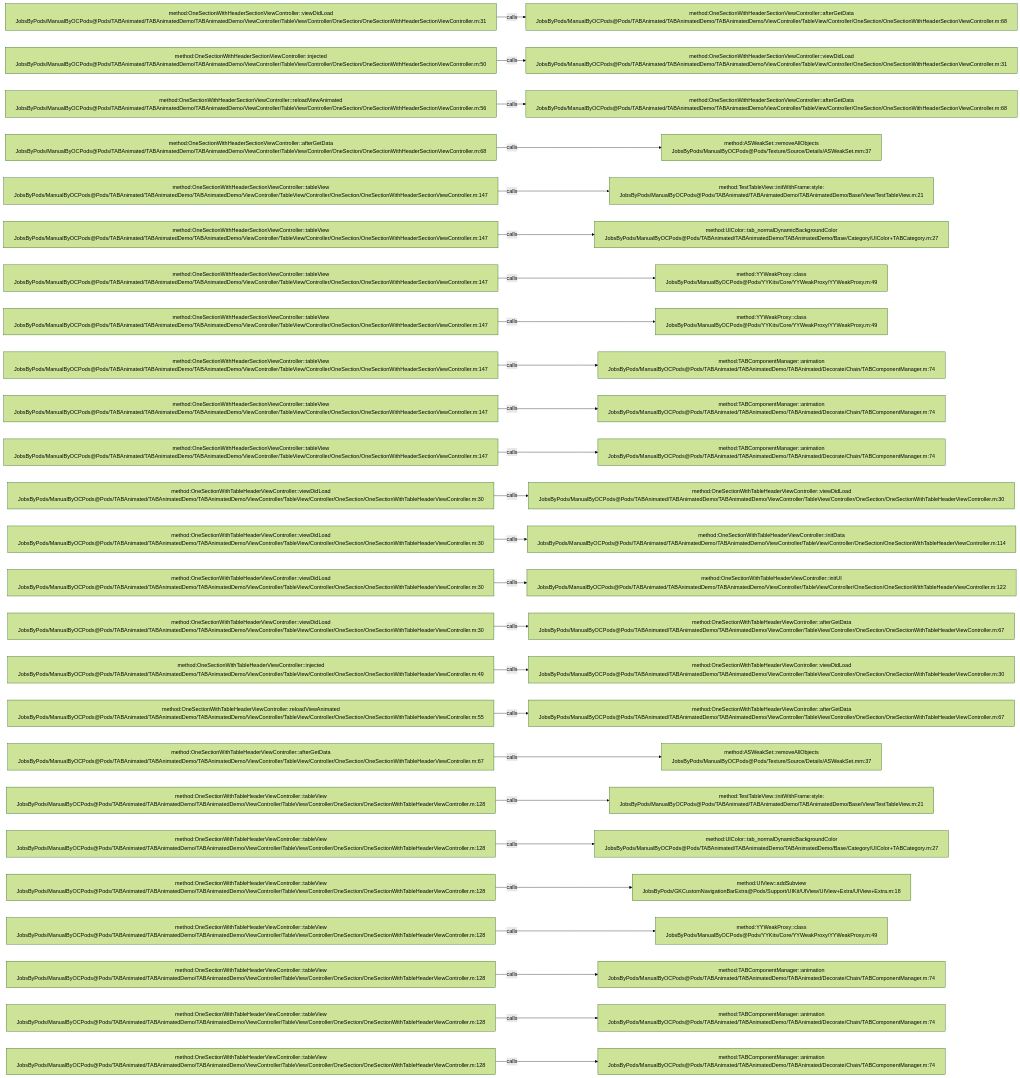
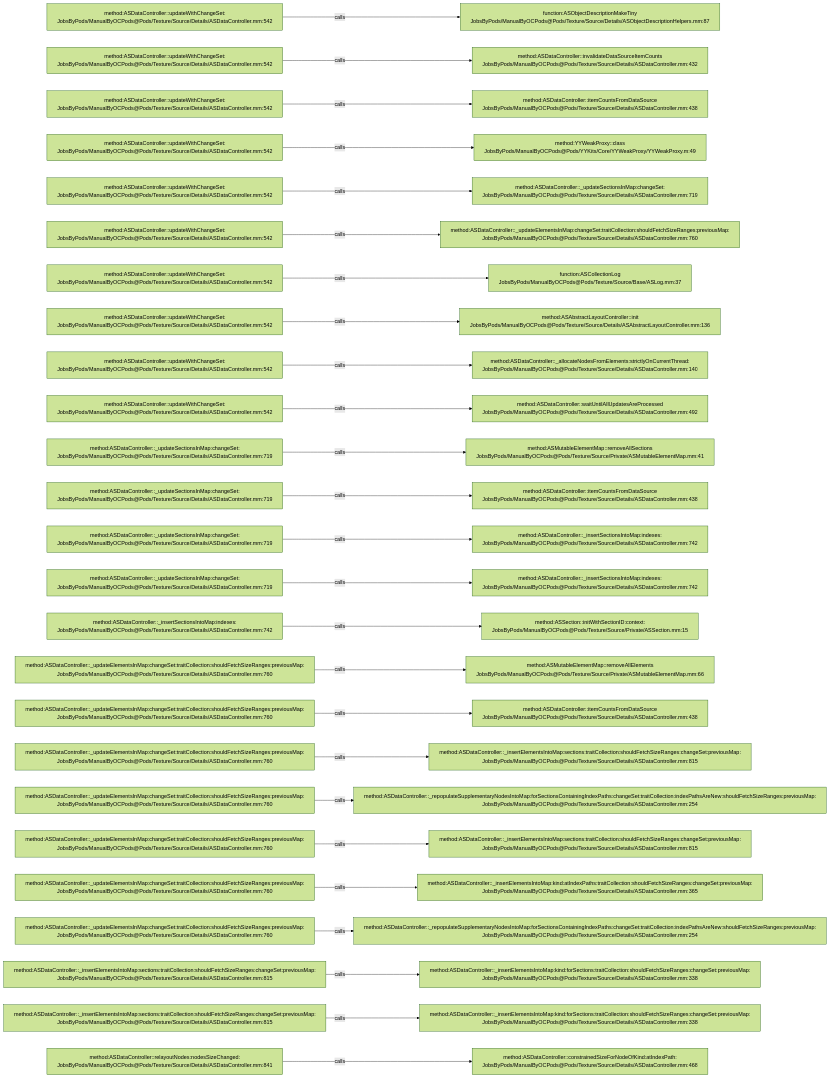
Before and after one commit to JobsKits/JobsOCBaseConfigDemo: the diagram in .codegraph/codegraph.md/graphs/calls-163.md, drawn with Mermaid (forest theme). The commit also changed 2162 other files, not shown here.

````diff
--- a/.codegraph/codegraph.md/graphs/calls-163.md
+++ b/.codegraph/codegraph.md/graphs/calls-163.md
@@ -13,78 +13,78 @@
 ```mermaid
 flowchart LR
-  S1["method:OneSectionWithHeaderSectionViewController::viewDidLoad<br/>JobsByPods/ManualByOCPods@Pods/TABAnimated/TABAnimatedDemo/TABAnimatedDemo/ViewController/TableView/Controller/OneSection/OneSectionWithHeaderSectionViewController.m:31"]
-  T1["method:OneSectionWithHeaderSectionViewController::afterGetData<br/>JobsByPods/ManualByOCPods@Pods/TABAnimated/TABAnimatedDemo/TABAnimatedDemo/ViewController/TableView/Controller/OneSection/OneSectionWithHeaderSectionViewController.m:68"]
+  S1["method:ASDataController::updateWithChangeSet:<br/>JobsByPods/ManualByOCPods@Pods/Texture/Source/Details/ASDataController.mm:542"]
+  T1["function:ASObjectDescriptionMakeTiny<br/>JobsByPods/ManualByOCPods@Pods/Texture/Source/Details/ASObjectDescriptionHelpers.mm:87"]
   S1 -->|calls| T1
-  S2["method:OneSectionWithHeaderSectionViewController::injected<br/>JobsByPods/ManualByOCPods@Pods/TABAnimated/TABAnimatedDemo/TABAnimatedDemo/ViewController/TableView/Controller/OneSection/OneSectionWithHeaderSectionViewController.m:50"]
-  T2["method:OneSectionWithHeaderSectionViewController::viewDidLoad<br/>JobsByPods/ManualByOCPods@Pods/TABAnimated/TABAnimatedDemo/TABAnimatedDemo/ViewController/TableView/Controller/OneSection/OneSectionWithHeaderSectionViewController.m:31"]
+  S2["method:ASDataController::updateWithChangeSet:<br/>JobsByPods/ManualByOCPods@Pods/Texture/Source/Details/ASDataController.mm:542"]
+  T2["method:ASDataController::invalidateDataSourceItemCounts<br/>JobsByPods/ManualByOCPods@Pods/Texture/Source/Details/ASDataController.mm:432"]
   S2 -->|calls| T2
-  S3["method:OneSectionWithHeaderSectionViewController::reloadViewAnimated<br/>JobsByPods/ManualByOCPods@Pods/TABAnimated/TABAnimatedDemo/TABAnimatedDemo/ViewController/TableView/Controller/OneSection/OneSectionWithHeaderSectionViewController.m:56"]
-  T3["method:OneSectionWithHeaderSectionViewController::afterGetData<br/>JobsByPods/ManualByOCPods@Pods/TABAnimated/TABAnimatedDemo/TABAnimatedDemo/ViewController/TableView/Controller/OneSection/OneSectionWithHeaderSectionViewController.m:68"]
+  S3["method:ASDataController::updateWithChangeSet:<br/>JobsByPods/ManualByOCPods@Pods/Texture/Source/Details/ASDataController.mm:542"]
+  T3["method:ASDataController::itemCountsFromDataSource<br/>JobsByPods/ManualByOCPods@Pods/Texture/Source/Details/ASDataController.mm:438"]
   S3 -->|calls| T3
-  S4["method:OneSectionWithHeaderSectionViewController::afterGetData<br/>JobsByPods/ManualByOCPods@Pods/TABAnimated/TABAnimatedDemo/TABAnimatedDemo/ViewController/TableView/Controller/OneSection/OneSectionWithHeaderSectionViewController.m:68"]
-  T4["method:ASWeakSet::removeAllObjects<br/>JobsByPods/ManualByOCPods@Pods/Texture/Source/Details/ASWeakSet.mm:37"]
+  S4["method:ASDataController::updateWithChangeSet:<br/>JobsByPods/ManualByOCPods@Pods/Texture/Source/Details/ASDataController.mm:542"]
+  T4["method:YYWeakProxy::class<br/>JobsByPods/ManualByOCPods@Pods/YYKits/Core/YYWeakProxy/YYWeakProxy.m:49"]
   S4 -->|calls| T4
-  S5["method:OneSectionWithHeaderSectionViewController::tableView<br/>JobsByPods/ManualByOCPods@Pods/TABAnimated/TABAnimatedDemo/TABAnimatedDemo/ViewController/TableView/Controller/OneSection/OneSectionWithHeaderSectionViewController.m:147"]
-  T5["method:TestTableView::initWithFrame:style:<br/>JobsByPods/ManualByOCPods@Pods/TABAnimated/TABAnimatedDemo/TABAnimatedDemo/Base/View/TestTableView.m:21"]
+  S5["method:ASDataController::updateWithChangeSet:<br/>JobsByPods/ManualByOCPods@Pods/Texture/Source/Details/ASDataController.mm:542"]
+  T5["method:ASDataController::_updateSectionsInMap:changeSet:<br/>JobsByPods/ManualByOCPods@Pods/Texture/Source/Details/ASDataController.mm:719"]
   S5 -->|calls| T5
-  S6["method:OneSectionWithHeaderSectionViewController::tableView<br/>JobsByPods/ManualByOCPods@Pods/TABAnimated/TABAnimatedDemo/TABAnimatedDemo/ViewController/TableView/Controller/OneSection/OneSectionWithHeaderSectionViewController.m:147"]
-  T6["method:UIColor::tab_normalDynamicBackgroundColor<br/>JobsByPods/ManualByOCPods@Pods/TABAnimated/TABAnimatedDemo/TABAnimatedDemo/Base/Category/UIColor+TABCategory.m:27"]
+  S6["method:ASDataController::updateWithChangeSet:<br/>JobsByPods/ManualByOCPods@Pods/Texture/Source/Details/ASDataController.mm:542"]
+  T6["method:ASDataController::_updateElementsInMap:changeSet:traitCollection:shouldFetchSizeRanges:previousMap:<br/>JobsByPods/ManualByOCPods@Pods/Texture/Source/Details/ASDataController.mm:760"]
   S6 -->|calls| T6
-  S7["method:OneSectionWithHeaderSectionViewController::tableView<br/>JobsByPods/ManualByOCPods@Pods/TABAnimated/TABAnimatedDemo/TABAnimatedDemo/ViewController/TableView/Controller/OneSection/OneSectionWithHeaderSectionViewController.m:147"]
-  T7["method:YYWeakProxy::class<br/>JobsByPods/ManualByOCPods@Pods/YYKits/Core/YYWeakProxy/YYWeakProxy.m:49"]
+  S7["method:ASDataController::updateWithChangeSet:<br/>JobsByPods/ManualByOCPods@Pods/Texture/Source/Details/ASDataController.mm:542"]
+  T7["function:ASCollectionLog<br/>JobsByPods/ManualByOCPods@Pods/Texture/Source/Base/ASLog.mm:37"]
   S7 -->|calls| T7
-  S8["method:OneSectionWithHeaderSectionViewController::tableView<br/>JobsByPods/ManualByOCPods@Pods/TABAnimated/TABAnimatedDemo/TABAnimatedDemo/ViewController/TableView/Controller/OneSection/OneSectionWithHeaderSectionViewController.m:147"]
-  T8["method:YYWeakProxy::class<br/>JobsByPods/ManualByOCPods@Pods/YYKits/Core/YYWeakProxy/YYWeakProxy.m:49"]
+  S8["method:ASDataController::updateWithChangeSet:<br/>JobsByPods/ManualByOCPods@Pods/Texture/Source/Details/ASDataController.mm:542"]
+  T8["method:ASAbstractLayoutController::init<br/>JobsByPods/ManualByOCPods@Pods/Texture/Source/Details/ASAbstractLayoutController.mm:136"]
   S8 -->|calls| T8
-  S9["method:OneSectionWithHeaderSectionViewController::tableView<br/>JobsByPods/ManualByOCPods@Pods/TABAnimated/TABAnimatedDemo/TABAnimatedDemo/ViewController/TableView/Controller/OneSection/OneSectionWithHeaderSectionViewController.m:147"]
-  T9["method:TABComponentManager::animation<br/>JobsByPods/ManualByOCPods@Pods/TABAnimated/TABAnimatedDemo/TABAnimated/Decorate/Chain/TABComponentManager.m:74"]
+  S9["method:ASDataController::updateWithChangeSet:<br/>JobsByPods/ManualByOCPods@Pods/Texture/Source/Details/ASDataController.mm:542"]
+  T9["method:ASDataController::_allocateNodesFromElements:strictlyOnCurrentThread:<br/>JobsByPods/ManualByOCPods@Pods/Texture/Source/Details/ASDataController.mm:140"]
   S9 -->|calls| T9
-  S10["method:OneSectionWithHeaderSectionViewController::tableView<br/>JobsByPods/ManualByOCPods@Pods/TABAnimated/TABAnimatedDemo/TABAnimatedDemo/ViewController/TableView/Controller/OneSection/OneSectionWithHeaderSectionViewController.m:147"]
-  T10["method:TABComponentManager::animation<br/>JobsByPods/ManualByOCPods@Pods/TABAnimated/TABAnimatedDemo/TABAnimated/Decorate/Chain/TABComponentManager.m:74"]
+  S10["method:ASDataController::updateWithChangeSet:<br/>JobsByPods/ManualByOCPods@Pods/Texture/Source/Details/ASDataController.mm:542"]
+  T10["method:ASDataController::waitUntilAllUpdatesAreProcessed<br/>JobsByPods/ManualByOCPods@Pods/Texture/Source/Details/ASDataController.mm:492"]
   S10 -->|calls| T10
-  S11["method:OneSectionWithHeaderSectionViewController::tableView<br/>JobsByPods/ManualByOCPods@Pods/TABAnimated/TABAnimatedDemo/TABAnimatedDemo/ViewController/TableView/Controller/OneSection/OneSectionWithHeaderSectionViewController.m:147"]
-  T11["method:TABComponentManager::animation<br/>JobsByPods/ManualByOCPods@Pods/TABAnimated/TABAnimatedDemo/TABAnimated/Decorate/Chain/TABComponentManager.m:74"]
+  S11["method:ASDataController::_updateSectionsInMap:changeSet:<br/>JobsByPods/ManualByOCPods@Pods/Texture/Source/Details/ASDataController.mm:719"]
+  T11["method:ASMutableElementMap::removeAllSections<br/>JobsByPods/ManualByOCPods@Pods/Texture/Source/Private/ASMutableElementMap.mm:41"]
   S11 -->|calls| T11
-  S12["method:OneSectionWithTableHeaderViewController::viewDidLoad<br/>JobsByPods/ManualByOCPods@Pods/TABAnimated/TABAnimatedDemo/TABAnimatedDemo/ViewController/TableView/Controller/OneSection/OneSectionWithTableHeaderViewController.m:30"]
-  T12["method:OneSectionWithTableHeaderViewController::viewDidLoad<br/>JobsByPods/ManualByOCPods@Pods/TABAnimated/TABAnimatedDemo/TABAnimatedDemo/ViewController/TableView/Controller/OneSection/OneSectionWithTableHeaderViewController.m:30"]
+  S12["method:ASDataController::_updateSectionsInMap:changeSet:<br/>JobsByPods/ManualByOCPods@Pods/Texture/Source/Details/ASDataController.mm:719"]
+  T12["method:ASDataController::itemCountsFromDataSource<br/>JobsByPods/ManualByOCPods@Pods/Texture/Source/Details/ASDataController.mm:438"]
   S12 -->|calls| T12
-  S13["method:OneSectionWithTableHeaderViewController::viewDidLoad<br/>JobsByPods/ManualByOCPods@Pods/TABAnimated/TABAnimatedDemo/TABAnimatedDemo/ViewController/TableView/Controller/OneSection/OneSectionWithTableHeaderViewController.m:30"]
-  T13["method:OneSectionWithTableHeaderViewController::initData<br/>JobsByPods/ManualByOCPods@Pods/TABAnimated/TABAnimatedDemo/TABAnimatedDemo/ViewController/TableView/Controller/OneSection/OneSectionWithTableHeaderViewController.m:114"]
+  S13["method:ASDataController::_updateSectionsInMap:changeSet:<br/>JobsByPods/ManualByOCPods@Pods/Texture/Source/Details/ASDataController.mm:719"]
+  T13["method:ASDataController::_insertSectionsIntoMap:indexes:<br/>JobsByPods/ManualByOCPods@Pods/Texture/Source/Details/ASDataController.mm:742"]
   S13 -->|calls| T13
-  S14["method:OneSectionWithTableHeaderViewController::viewDidLoad<br/>JobsByPods/ManualByOCPods@Pods/TABAnimated/TABAnimatedDemo/TABAnimatedDemo/ViewController/TableView/Controller/OneSection/OneSectionWithTableHeaderViewController.m:30"]
-  T14["method:OneSectionWithTableHeaderViewController::initUI<br/>JobsByPods/ManualByOCPods@Pods/TABAnimated/TABAnimatedDemo/TABAnimatedDemo/ViewController/TableView/Controller/OneSection/OneSectionWithTableHeaderViewController.m:122"]
+  S14["method:ASDataController::_updateSectionsInMap:changeSet:<br/>JobsByPods/ManualByOCPods@Pods/Texture/Source/Details/ASDataController.mm:719"]
+  T14["method:ASDataController::_insertSectionsIntoMap:indexes:<br/>JobsByPods/ManualByOCPods@Pods/Texture/Source/Details/ASDataController.mm:742"]
   S14 -->|calls| T14
-  S15["method:OneSectionWithTableHeaderViewController::viewDidLoad<br/>JobsByPods/ManualByOCPods@Pods/TABAnimated/TABAnimatedDemo/TABAnimatedDemo/ViewController/TableView/Controller/OneSection/OneSectionWithTableHeaderViewController.m:30"]
-  T15["method:OneSectionWithTableHeaderViewController::afterGetData<br/>JobsByPods/ManualByOCPods@Pods/TABAnimated/TABAnimatedDemo/TABAnimatedDemo/ViewController/TableView/Controller/OneSection/OneSectionWithTableHeaderViewController.m:67"]
+  S15["method:ASDataController::_insertSectionsIntoMap:indexes:<br/>JobsByPods/ManualByOCPods@Pods/Texture/Source/Details/ASDataController.mm:742"]
+  T15["method:ASSection::initWithSectionID:context:<br/>JobsByPods/ManualByOCPods@Pods/Texture/Source/Private/ASSection.mm:15"]
   S15 -->|calls| T15
-  S16["method:OneSectionWithTableHeaderViewController::injected<br/>JobsByPods/ManualByOCPods@Pods/TABAnimated/TABAnimatedDemo/TABAnimatedDemo/ViewController/TableView/Controller/OneSection/OneSectionWithTableHeaderViewController.m:49"]
-  T16["method:OneSectionWithTableHeaderViewController::viewDidLoad<br/>JobsByPods/ManualByOCPods@Pods/TABAnimated/TABAnimatedDemo/TABAnimatedDemo/ViewController/TableView/Controller/OneSection/OneSectionWithTableHeaderViewController.m:30"]
+  S16["method:ASDataController::_updateElementsInMap:changeSet:traitCollection:shouldFetchSizeRanges:previousMap:<br/>JobsByPods/ManualByOCPods@Pods/Texture/Source/Details/ASDataController.mm:760"]
+  T16["method:ASMutableElementMap::removeAllElements<br/>JobsByPods/ManualByOCPods@Pods/Texture/Source/Private/ASMutableElementMap.mm:66"]
   S16 -->|calls| T16
-  S17["method:OneSectionWithTableHeaderViewController::reloadViewAnimated<br/>JobsByPods/ManualByOCPods@Pods/TABAnimated/TABAnimatedDemo/TABAnimatedDemo/ViewController/TableView/Controller/OneSection/OneSectionWithTableHeaderViewController.m:55"]
-  T17["method:OneSectionWithTableHeaderViewController::afterGetData<br/>JobsByPods/ManualByOCPods@Pods/TABAnimated/TABAnimatedDemo/TABAnimatedDemo/ViewController/TableView/Controller/OneSection/OneSectionWithTableHeaderViewController.m:67"]
+  S17["method:ASDataController::_updateElementsInMap:changeSet:traitCollection:shouldFetchSizeRanges:previousMap:<br/>JobsByPods/ManualByOCPods@Pods/Texture/Source/Details/ASDataController.mm:760"]
+  T17["method:ASDataController::itemCountsFromDataSource<br/>JobsByPods/ManualByOCPods@Pods/Texture/Source/Details/ASDataController.mm:438"]
   S17 -->|calls| T17
-  S18["method:OneSectionWithTableHeaderViewController::afterGetData<br/>JobsByPods/ManualByOCPods@Pods/TABAnimated/TABAnimatedDemo/TABAnimatedDemo/ViewController/TableView/Controller/OneSection/OneSectionWithTableHeaderViewController.m:67"]
-  T18["method:ASWeakSet::removeAllObjects<br/>JobsByPods/ManualByOCPods@Pods/Texture/Source/Details/ASWeakSet.mm:37"]
+  S18["method:ASDataController::_updateElementsInMap:changeSet:traitCollection:shouldFetchSizeRanges:previousMap:<br/>JobsByPods/ManualByOCPods@Pods/Texture/Source/Details/ASDataController.mm:760"]
+  T18["method:ASDataController::_insertElementsIntoMap:sections:traitCollection:shouldFetchSizeRanges:changeSet:previousMap:<br/>JobsByPods/ManualByOCPods@Pods/Texture/Source/Details/ASDataController.mm:815"]
   S18 -->|calls| T18
-  S19["method:OneSectionWithTableHeaderViewController::tableView<br/>JobsByPods/ManualByOCPods@Pods/TABAnimated/TABAnimatedDemo/TABAnimatedDemo/ViewController/TableView/Controller/OneSection/OneSectionWithTableHeaderViewController.m:128"]
-  T19["method:TestTableView::initWithFrame:style:<br/>JobsByPods/ManualByOCPods@Pods/TABAnimated/TABAnimatedDemo/TABAnimatedDemo/Base/View/TestTableView.m:21"]
+  S19["method:ASDataController::_updateElementsInMap:changeSet:traitCollection:shouldFetchSizeRanges:previousMap:<br/>JobsByPods/ManualByOCPods@Pods/Texture/Source/Details/ASDataController.mm:760"]
+  T19["method:ASDataController::_repopulateSupplementaryNodesIntoMap:forSectionsContainingIndexPaths:changeSet:traitCollection:indexPathsAreNew:shouldFetchSizeRanges:previousMap:<br/>JobsByPods/ManualByOCPods@Pods/Texture/Source/Details/ASDataController.mm:254"]
   S19 -->|calls| T19
-  S20["method:OneSectionWithTableHeaderViewController::tableView<br/>JobsByPods/ManualByOCPods@Pods/TABAnimated/TABAnimatedDemo/TABAnimatedDemo/ViewController/TableView/Controller/OneSection/OneSectionWithTableHeaderViewController.m:128"]
-  T20["method:UIColor::tab_normalDynamicBackgroundColor<br/>JobsByPods/ManualByOCPods@Pods/TABAnimated/TABAnimatedDemo/TABAnimatedDemo/Base/Category/UIColor+TABCategory.m:27"]
+  S20["method:ASDataController::_updateElementsInMap:changeSet:traitCollection:shouldFetchSizeRanges:previousMap:<br/>JobsByPods/ManualByOCPods@Pods/Texture/Source/Details/ASDataController.mm:760"]
+  T20["method:ASDataController::_insertElementsIntoMap:sections:traitCollection:shouldFetchSizeRanges:changeSet:previousMap:<br/>JobsByPods/ManualByOCPods@Pods/Texture/Source/Details/ASDataController.mm:815"]
   S20 -->|calls| T20
-  S21["method:OneSectionWithTableHeaderViewController::tableView<br/>JobsByPods/ManualByOCPods@Pods/TABAnimated/TABAnimatedDemo/TABAnimatedDemo/ViewController/TableView/Controller/OneSection/OneSectionWithTableHeaderViewController.m:128"]
-  T21["method:UIView::addSubview<br/>JobsByPods/GKCustomNavigationBarExtra@Pods/Support/UIKit/UIView/UIView+Extra/UIView+Extra.m:18"]
+  S21["method:ASDataController::_updateElementsInMap:changeSet:traitCollection:shouldFetchSizeRanges:previousMap:<br/>JobsByPods/ManualByOCPods@Pods/Texture/Source/Details/ASDataController.mm:760"]
+  T21["method:ASDataController::_insertElementsIntoMap:kind:atIndexPaths:traitCollection:shouldFetchSizeRanges:changeSet:previousMap:<br/>JobsByPods/ManualByOCPods@Pods/Texture/Source/Details/ASDataController.mm:365"]
   S21 -->|calls| T21
-  S22["method:OneSectionWithTableHeaderViewController::tableView<br/>JobsByPods/ManualByOCPods@Pods/TABAnimated/TABAnimatedDemo/TABAnimatedDemo/ViewController/TableView/Controller/OneSection/OneSectionWithTableHeaderViewController.m:128"]
-  T22["method:YYWeakProxy::class<br/>JobsByPods/ManualByOCPods@Pods/YYKits/Core/YYWeakProxy/YYWeakProxy.m:49"]
+  S22["method:ASDataController::_updateElementsInMap:changeSet:traitCollection:shouldFetchSizeRanges:previousMap:<br/>JobsByPods/ManualByOCPods@Pods/Texture/Source/Details/ASDataController.mm:760"]
+  T22["method:ASDataController::_repopulateSupplementaryNodesIntoMap:forSectionsContainingIndexPaths:changeSet:traitCollection:indexPathsAreNew:shouldFetchSizeRanges:previousMap:<br/>JobsByPods/ManualByOCPods@Pods/Texture/Source/Details/ASDataController.mm:254"]
   S22 -->|calls| T22
-  S23["method:OneSectionWithTableHeaderViewController::tableView<br/>JobsByPods/ManualByOCPods@Pods/TABAnimated/TABAnimatedDemo/TABAnimatedDemo/ViewController/TableView/Controller/OneSection/OneSectionWithTableHeaderViewController.m:128"]
-  T23["method:TABComponentManager::animation<br/>JobsByPods/ManualByOCPods@Pods/TABAnimated/TABAnimatedDemo/TABAnimated/Decorate/Chain/TABComponentManager.m:74"]
+  S23["method:ASDataController::_insertElementsIntoMap:sections:traitCollection:shouldFetchSizeRanges:changeSet:previousMap:<br/>JobsByPods/ManualByOCPods@Pods/Texture/Source/Details/ASDataController.mm:815"]
+  T23["method:ASDataController::_insertElementsIntoMap:kind:forSections:traitCollection:shouldFetchSizeRanges:changeSet:previousMap:<br/>JobsByPods/ManualByOCPods@Pods/Texture/Source/Details/ASDataController.mm:338"]
   S23 -->|calls| T23
-  S24["method:OneSectionWithTableHeaderViewController::tableView<br/>JobsByPods/ManualByOCPods@Pods/TABAnimated/TABAnimatedDemo/TABAnimatedDemo/ViewController/TableView/Controller/OneSection/OneSectionWithTableHeaderViewController.m:128"]
-  T24["method:TABComponentManager::animation<br/>JobsByPods/ManualByOCPods@Pods/TABAnimated/TABAnimatedDemo/TABAnimated/Decorate/Chain/TABComponentManager.m:74"]
+  S24["method:ASDataController::_insertElementsIntoMap:sections:traitCollection:shouldFetchSizeRanges:changeSet:previousMap:<br/>JobsByPods/ManualByOCPods@Pods/Texture/Source/Details/ASDataController.mm:815"]
+  T24["method:ASDataController::_insertElementsIntoMap:kind:forSections:traitCollection:shouldFetchSizeRanges:changeSet:previousMap:<br/>JobsByPods/ManualByOCPods@Pods/Texture/Source/Details/ASDataController.mm:338"]
   S24 -->|calls| T24
-  S25["method:OneSectionWithTableHeaderViewController::tableView<br/>JobsByPods/ManualByOCPods@Pods/TABAnimated/TABAnimatedDemo/TABAnimatedDemo/ViewController/TableView/Controller/OneSection/OneSectionWithTableHeaderViewController.m:128"]
-  T25["method:TABComponentManager::animation<br/>JobsByPods/ManualByOCPods@Pods/TABAnimated/TABAnimatedDemo/TABAnimated/Decorate/Chain/TABComponentManager.m:74"]
+  S25["method:ASDataController::relayoutNodes:nodesSizeChanged:<br/>JobsByPods/ManualByOCPods@Pods/Texture/Source/Details/ASDataController.mm:841"]
+  T25["method:ASDataController::constrainedSizeForNodeOfKind:atIndexPath:<br/>JobsByPods/ManualByOCPods@Pods/Texture/Source/Details/ASDataController.mm:468"]
   S25 -->|calls| T25
 ```
````
